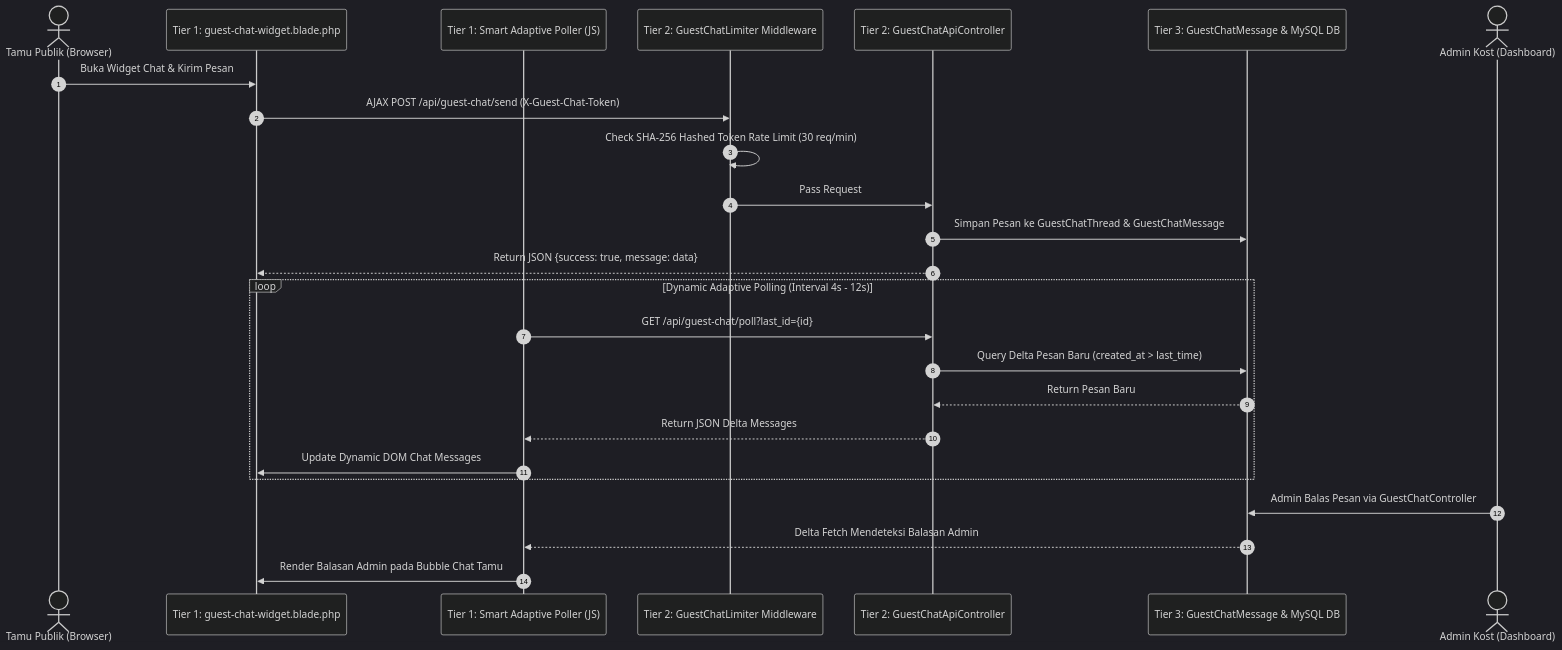
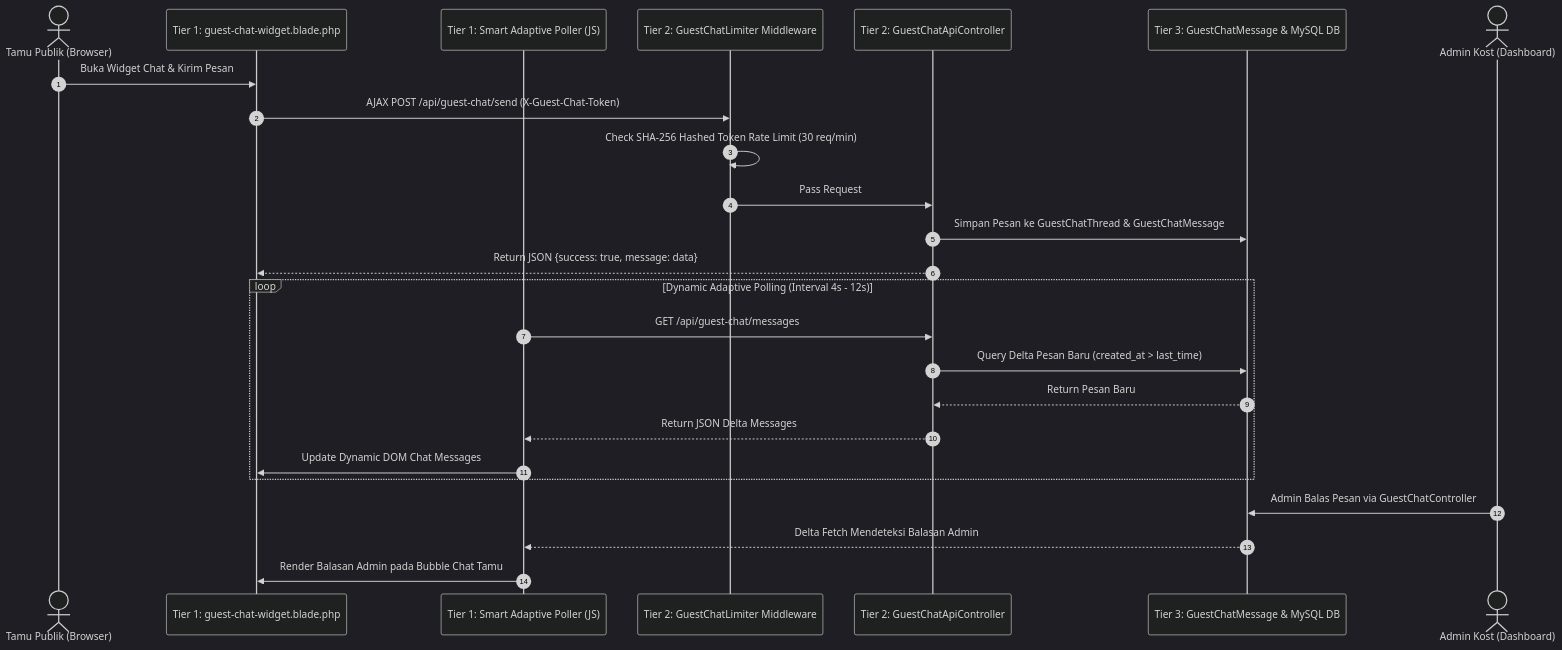
One commit to rafifarsyapradiva/asri-boarding-house changed the diagram in Blueprint/component/component_guest_chat_sequence.mmd. Above: the diagram before and after it, drawn with Mermaid (dark theme). The commit also changed 15 other files, not shown here.

Commit message:
docs(component): audit forensik, eliminasi artefak usang, integrasi client-side nota, alur interaksi & finalisasi mutlak component diagram (v243.0)

```diff
--- a/Blueprint/component/component_guest_chat_sequence.mmd
+++ b/Blueprint/component/component_guest_chat_sequence.mmd
@@ -1,28 +1,28 @@
 sequenceDiagram
     autonumber
     actor Visitor as Tamu Publik (Browser)
     participant Widget as Tier 1: guest-chat-widget.blade.php
     participant Poller as Tier 1: Smart Adaptive Poller (JS)
     participant RateLimiter as Tier 2: GuestChatLimiter Middleware
     participant ApiCtrl as Tier 2: GuestChatApiController
     participant ModelDB as Tier 3: GuestChatMessage & MySQL DB
     actor Admin as Admin Kost (Dashboard)
 
     Visitor->>Widget: Buka Widget Chat & Kirim Pesan
     Widget->>RateLimiter: AJAX POST /api/guest-chat/send (X-Guest-Chat-Token)
     RateLimiter->>RateLimiter: Check SHA-256 Hashed Token Rate Limit (30 req/min)
     RateLimiter->>ApiCtrl: Pass Request
     ApiCtrl->>ModelDB: Simpan Pesan ke GuestChatThread & GuestChatMessage
     ApiCtrl-->>Widget: Return JSON {success: true, message: data}
     
     loop Dynamic Adaptive Polling (Interval 4s - 12s)
-        Poller->>ApiCtrl: GET /api/guest-chat/poll?last_id={id}
+        Poller->>ApiCtrl: GET /api/guest-chat/messages
         ApiCtrl->>ModelDB: Query Delta Pesan Baru (created_at > last_time)
         ModelDB-->>ApiCtrl: Return Pesan Baru
         ApiCtrl-->>Poller: Return JSON Delta Messages
         Poller->>Widget: Update Dynamic DOM Chat Messages
     end
 
     Admin->>ModelDB: Admin Balas Pesan via GuestChatController
     ModelDB-->>Poller: Delta Fetch Mendeteksi Balasan Admin
     Poller->>Widget: Render Balasan Admin pada Bubble Chat Tamu
```
